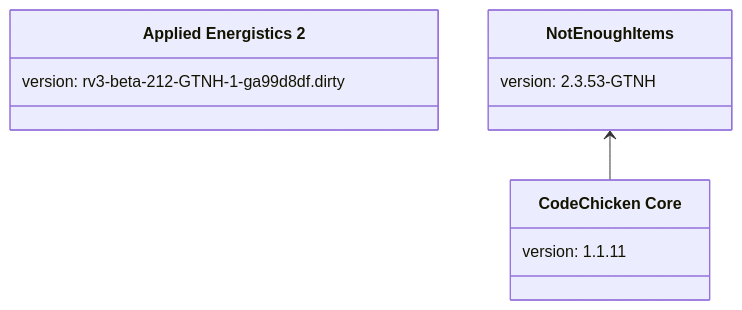
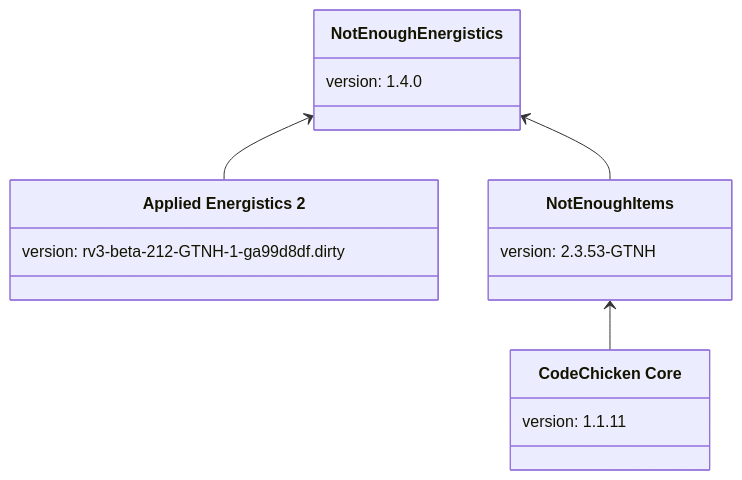
The diagram in README.md (Feather-Inc/Age-of-Tech), drawn with Mermaid before and after one commit. The commit also changed 7 other files, not shown here.

Commit message:
+ "NotEnoughEnergistics"

````diff
--- a/README.md
+++ b/README.md
@@ -5,16 +5,24 @@
 ```mermaid
 classDiagram
-
     class CodeChickenCore["CodeChicken Core"] {
         version: 1.1.11
     }
+
 
     class appliedenergistics2["Applied Energistics 2"] {
         version: rv3-beta-212-GTNH-1-ga99d8df.dirty
     }
 
     class NotEnoughItems["NotEnoughItems"] {
         version: 2.3.53-GTNH
     }
     NotEnoughItems <-- CodeChickenCore
+
+    class neenergistics["NotEnoughEnergistics"] {
+        version: 1.4.0
+    }
+    neenergistics <-- NotEnoughItems
+    neenergistics <-- appliedenergistics2
+
+
 ```
````
